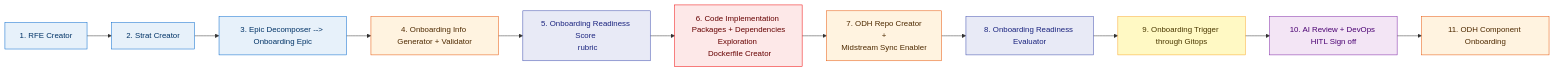
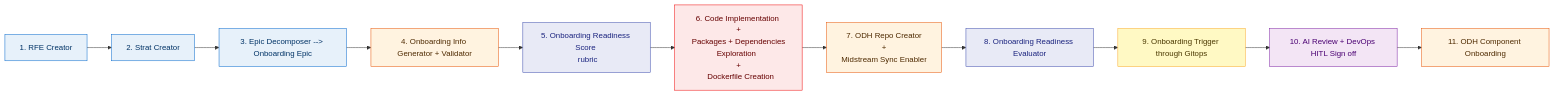
One commit to opendatahub-io/aiops-infra changed the diagram in ADLC/Agentic SDLC+Productization-v3.md. Above: the diagram before and after it, drawn with Mermaid.

Commit message:
adding ADLC flow

````diff
--- a/ADLC/Agentic SDLC+Productization-v3.md
+++ b/ADLC/Agentic SDLC+Productization-v3.md
@@ -3,23 +3,23 @@
 ```mermaid
 flowchart LR
     classDef planning   fill:#e7f1fa,stroke:#0066cc,color:#003366
     classDef assessment fill:#e8eaf6,stroke:#3949ab,color:#1a237e
     classDef dev        fill:#fde8e8,stroke:#ee0000,color:#660000
     classDef infra      fill:#fff3e0,stroke:#e65100,color:#4e2a00
     classDef approval   fill:#f3e5f5,stroke:#7b1fa2,color:#4a0072
     classDef trigger    fill:#fff9c4,stroke:#f9a825,color:#4a3800
 
     A[1. RFE Creator]:::planning
     B[2. Strat Creator]:::planning
     C[3. Epic Decomposer --> Onboarding Epic]:::planning
     D[4. Onboarding Info Generator + Validator]:::infra
     I[5. Onboarding Readiness Score <br /> rubric]:::assessment
-    E[6. Code Implementation <br /> Packages + Dependencies Exploration <br /> Dockerfile Creator]:::dev
+    E[6. Code Implementation <br />+<br /> Packages + Dependencies Exploration  <br />+<br />  Dockerfile Creation]:::dev
     F[7. ODH Repo Creator <br />+<br /> Midstream Sync Enabler]:::infra
     G[8. Onboarding Readiness Evaluator]:::assessment
     H[9. Onboarding Trigger through Gitops]:::trigger
     J[10. AI Review + DevOps HITL Sign off]:::approval
     K[11. ODH Component Onboarding]:::infra
 
     A --> B --> C --> D --> I --> E --> F --> G --> H --> J --> K
 ```
````
